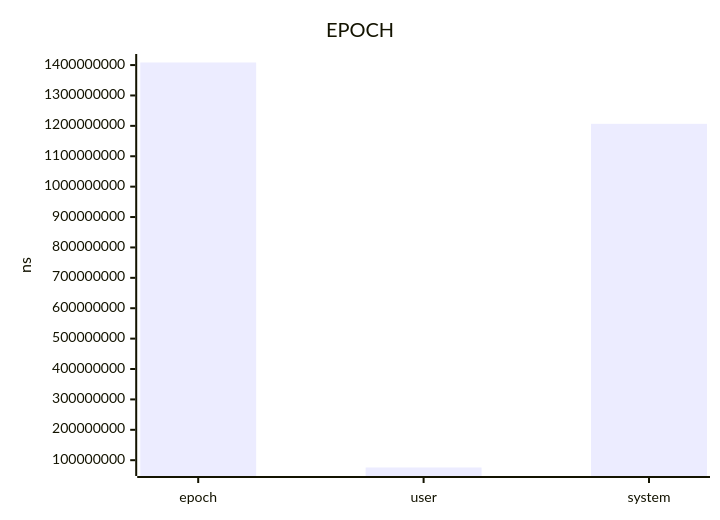
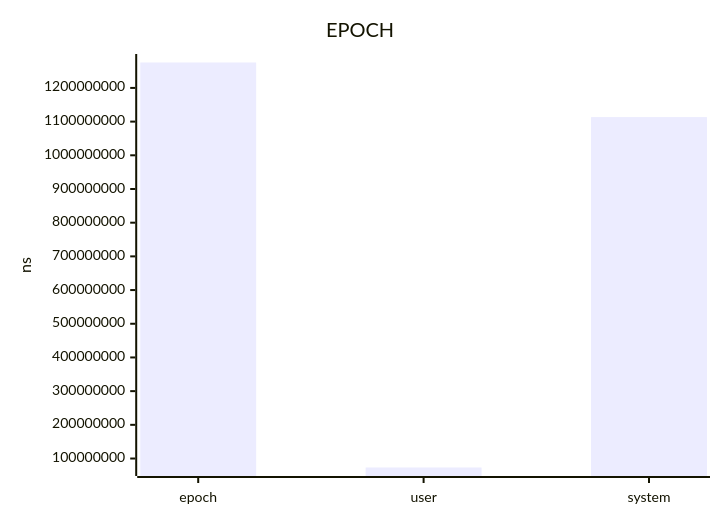
The diagram in benchmark/exclusive-replace-after-report.md (jrengmusic/saw), drawn with Mermaid before and after one commit. The commit also changed other lines of this file and 36 other files, not shown here.

````diff
--- a/benchmark/exclusive-replace-after-report.md
+++ b/benchmark/exclusive-replace-after-report.md
@@ -27,7 +27,7 @@
 ```mermaid
 xychart-beta
 title "EPOCH"
 x-axis ["epoch", "user", "system"]
 y-axis "ns"
-bar [1408450375.00000000000000000, 75982000.00000000000000000, 1206662000.00000000000000000]
+bar [1275449416.66666650772094727, 73347000.00000000000000000, 1113425000.00000000000000000]
 ```
````
